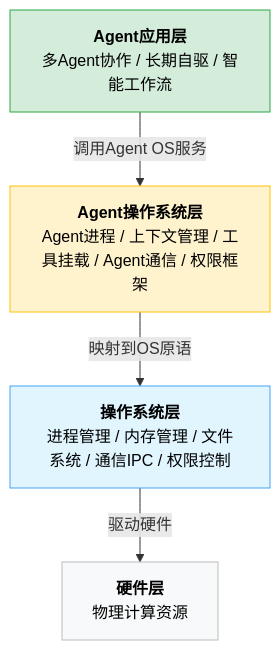
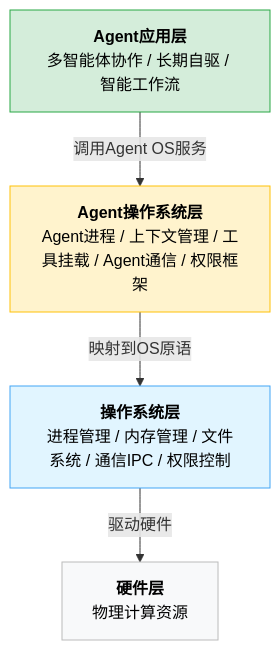
One commit to yeasy/harness_engineering_guide changed the second of 2 diagrams in 14_future/14.1_agent_native.md. Above: the diagram before and after it, drawn with Mermaid. The commit also changed other lines of this file and 57 other files, not shown here.

````diff
--- a/14_future/14.1_agent_native.md
+++ b/14_future/14.1_agent_native.md
@@ -62,16 +62,16 @@
 ```mermaid
 graph TD
-    APP["<b>Agent应用层</b><br/>多Agent协作 / 长期自驱 / 智能工作流"]
+    APP["<b>Agent应用层</b><br/>多智能体协作 / 长期自驱 / 智能工作流"]
     AOS["<b>Agent操作系统层</b><br/>Agent进程 / 上下文管理 / 工具挂载 / Agent通信 / 权限框架"]
     OS["<b>操作系统层</b><br/>进程管理 / 内存管理 / 文件系统 / 通信IPC / 权限控制"]
     HW["<b>硬件层</b><br/>物理计算资源"]
 
     APP -->|"调用Agent OS服务"| AOS
     AOS -->|"映射到OS原语"| OS
     OS -->|"驱动硬件"| HW
 
     style APP fill:#d4edda,stroke:#28a745,color:#000000
     style AOS fill:#fff3cd,stroke:#ffc107,color:#000000
     style OS fill:#e1f5ff,stroke:#42a5f5,color:#000000
     style HW fill:#f8f9fa,stroke:#bbb,color:#000000
 ```
````
